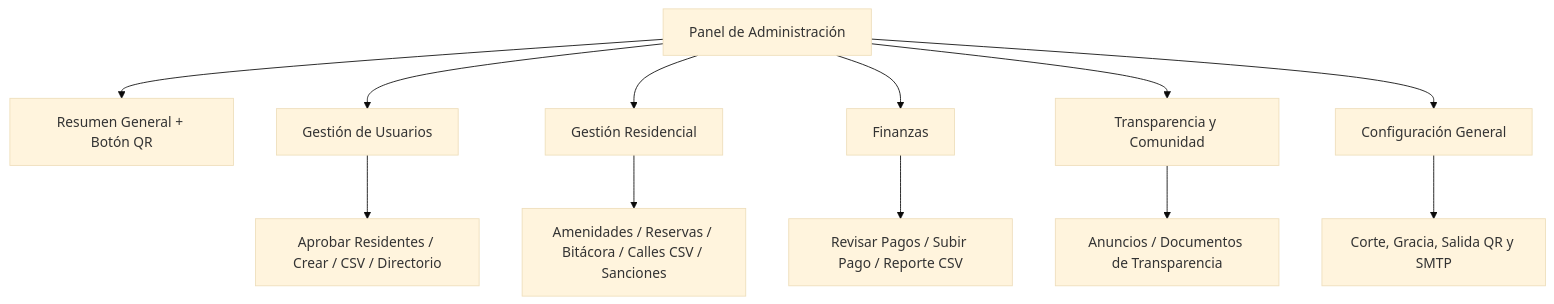
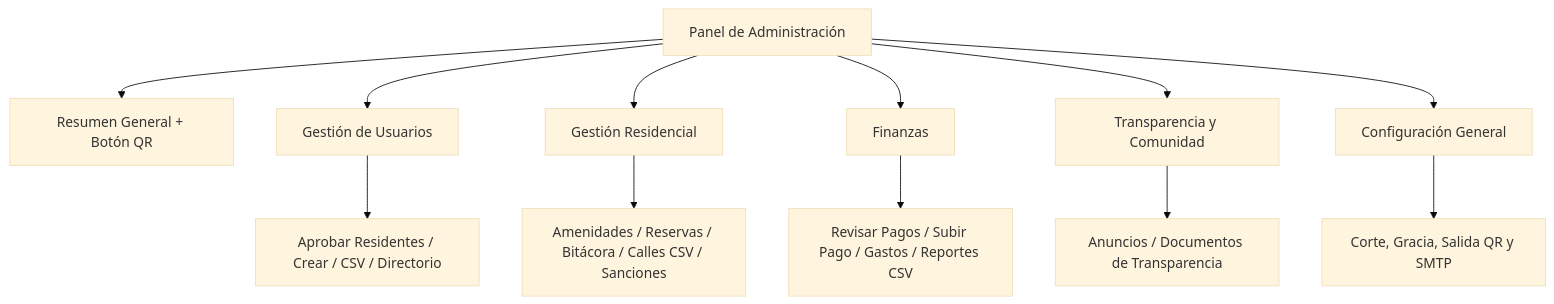
One commit to danms07/SuburbanLife changed the first of 2 diagrams in docs/admin_user_manual_es.md. Above: the diagram before and after it, drawn with Mermaid (base theme). The commit also changed other lines of this file and 35 other files, not shown here.

````diff
--- a/docs/admin_user_manual_es.md
+++ b/docs/admin_user_manual_es.md
@@ -49,15 +49,15 @@
 ```mermaid
 flowchart TD
     Shell["Panel de Administración"] --> Ov["Resumen General + Botón QR"]
     Shell --> UM["Gestión de Usuarios"]
     Shell --> RM["Gestión Residencial"]
     Shell --> Fin["Finanzas"]
     Shell --> TC["Transparencia y Comunidad"]
     Shell --> GS["Configuración General"]
 
     UM --> UM1["Aprobar Residentes / Crear / CSV / Directorio"]
     RM --> RM1["Amenidades / Reservas / Bitácora / Calles CSV / Sanciones"]
-    Fin --> Fin1["Revisar Pagos / Subir Pago / Reporte CSV"]
+    Fin --> Fin1["Revisar Pagos / Subir Pago / Gastos / Reportes CSV"]
     TC --> TC1["Anuncios / Documentos de Transparencia"]
     GS --> GS1["Corte, Gracia, Salida QR y SMTP"]
 ```
````
